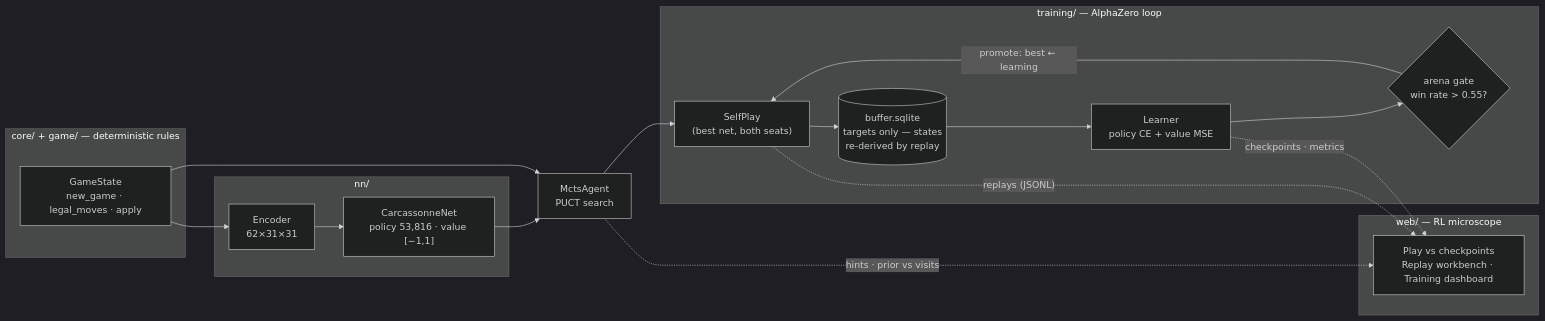
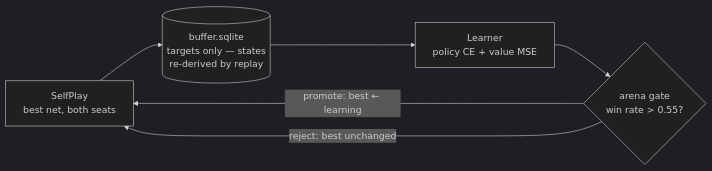
Before and after one commit to tomekhotdog/MeepleZero: the second of 3 diagrams in README.md, drawn with Mermaid (dark theme). The commit also changed other lines of this file, not shown here.

Commit message:
docs: split README system diagram into three focused diagrams

````diff
--- a/README.md
+++ b/README.md
@@ -28,32 +41,8 @@
 ```mermaid
 flowchart LR
-    subgraph engine["core/ + game/ — deterministic rules"]
-        GS["GameState<br>new_game · legal_moves · apply"]
-    end
-
-    subgraph nn["nn/"]
-        ENC["Encoder<br>62×31×31"]
-        NET["CarcassonneNet<br>policy 53,816 · value [−1,1]"]
-    end
-
-    MCTS["MctsAgent<br>PUCT search"]
-
-    subgraph trainloop["training/ — AlphaZero loop"]
-        SP["SelfPlay<br>(best net, both seats)"]
-        BUF[("buffer.sqlite<br>targets only — states<br>re-derived by replay")]
-        LRN["Learner<br>policy CE + value MSE"]
-        GATE{"arena gate<br>win rate &gt; 0.55?"}
-    end
-
-    subgraph web["web/ — RL microscope"]
-        UI["Play vs checkpoints<br>Replay workbench · Training dashboard"]
-    end
-
-    GS --> ENC --> NET --> MCTS
-    GS --> MCTS
-    MCTS --> SP --> BUF --> LRN --> GATE
+    SP["SelfPlay<br>best net, both seats"] --> BUF[("buffer.sqlite<br>targets only — states<br>re-derived by replay")]
+    BUF --> LRN["Learner<br>policy CE + value MSE"]
+    LRN --> GATE{"arena gate<br>win rate &gt; 0.55?"}
     GATE -- "promote: best ← learning" --> SP
-    SP -. "replays (JSONL)" .-> UI
-    LRN -. "checkpoints · metrics" .-> UI
-    MCTS -. "hints · prior vs visits" .-> UI
+    GATE -- "reject: best unchanged" --> SP
 ```
````
